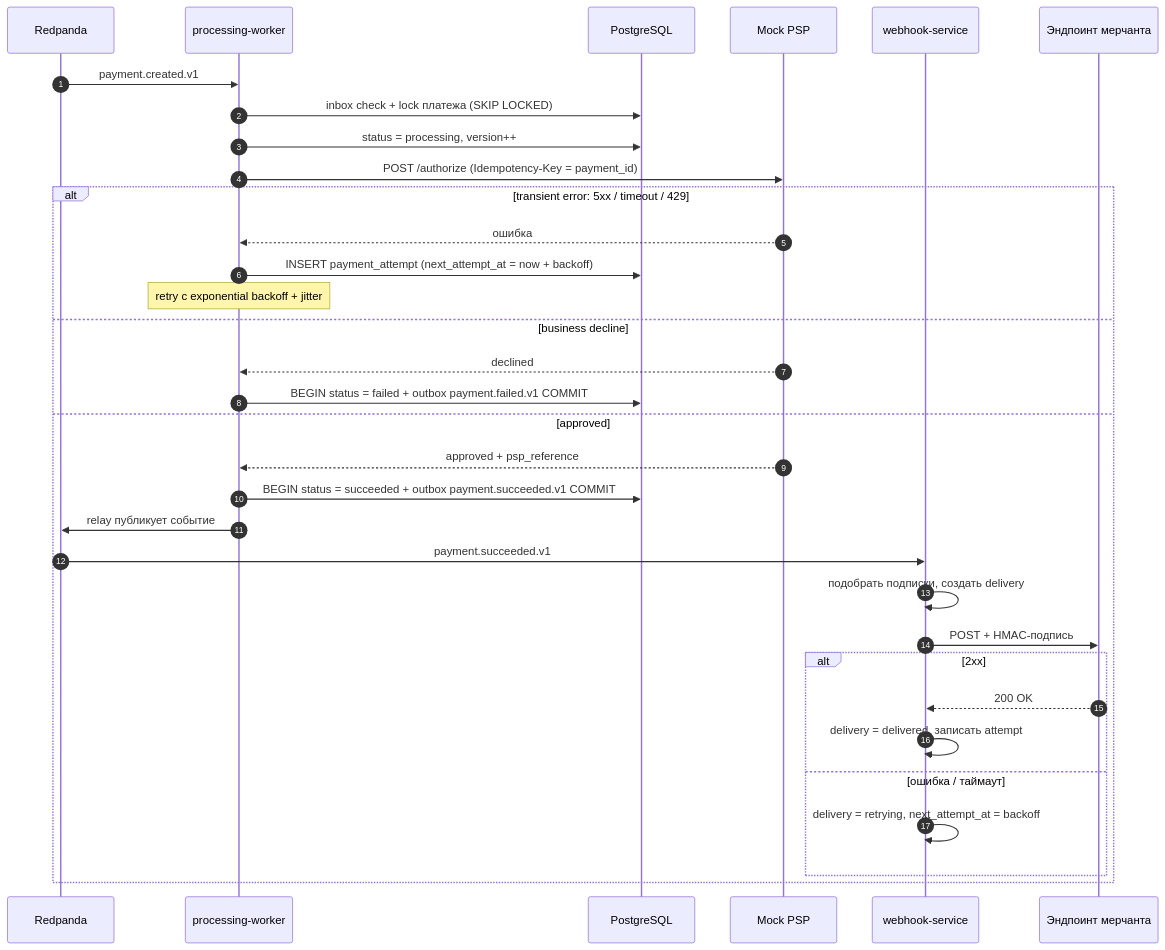
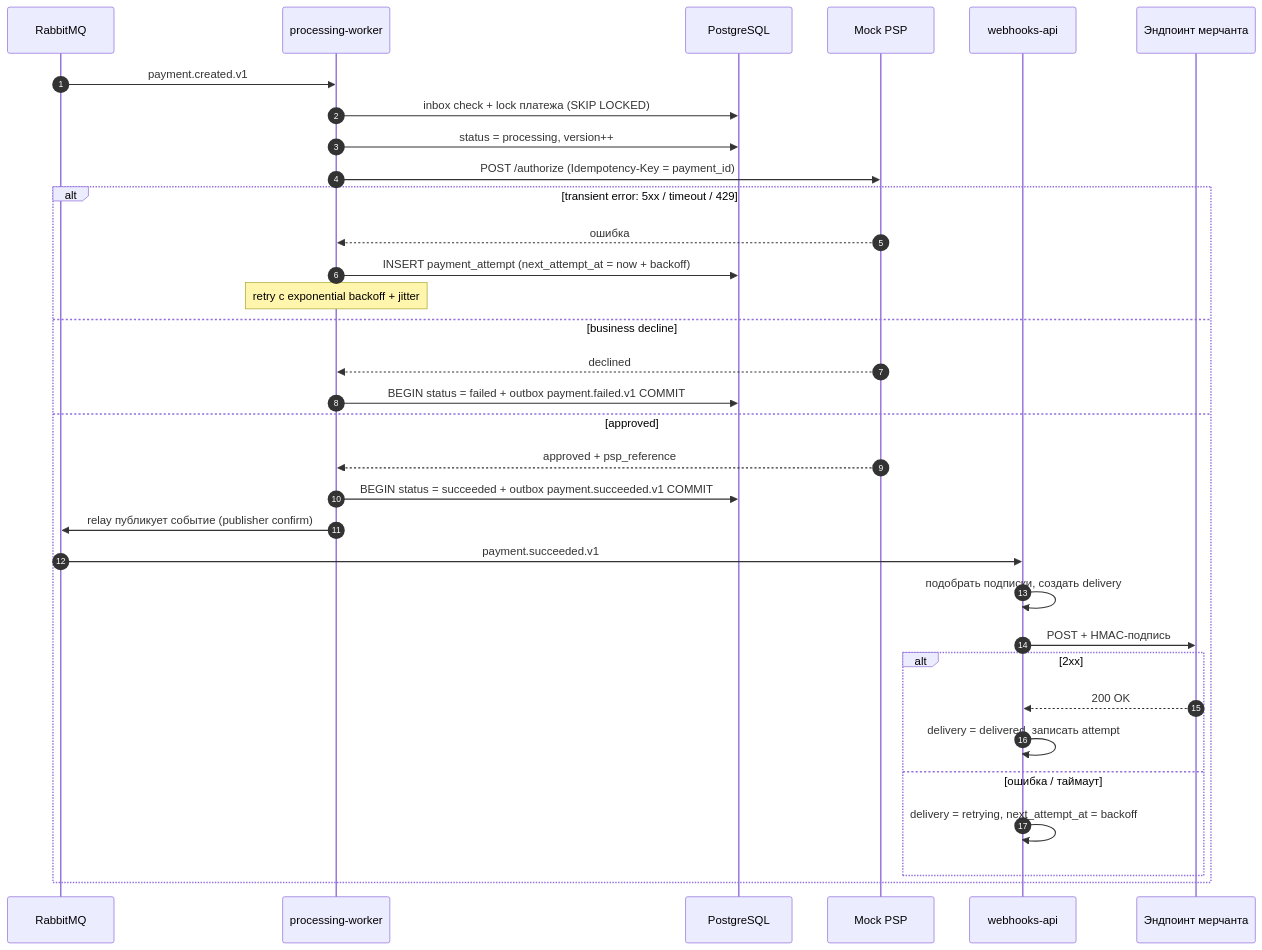
Before and after one commit to MCtop4ik/PaymentTransactions: the fourth of 9 diagrams in README.md, drawn with Mermaid. The commit also changed other lines of this file, not shown here.

````diff
--- a/README.md
+++ b/README.md
@@ -297,37 +296,37 @@
 ```mermaid
 sequenceDiagram
     autonumber
-    participant K as Redpanda
+    participant B as RabbitMQ
     participant W as processing-worker
     participant P as PostgreSQL
     participant S as Mock PSP
-    participant H as webhook-service
+    participant H as webhooks-api
     participant M as Эндпоинт мерчанта
 
-    K->>W: payment.created.v1
+    B->>W: payment.created.v1
     W->>P: inbox check + lock платежа (SKIP LOCKED)
     W->>P: status = processing, version++
     W->>S: POST /authorize (Idempotency-Key = payment_id)
 
     alt transient error: 5xx / timeout / 429
         S-->>W: ошибка
         W->>P: INSERT payment_attempt (next_attempt_at = now + backoff)
         Note over W: retry с exponential backoff + jitter
     else business decline
         S-->>W: declined
         W->>P: BEGIN status = failed + outbox payment.failed.v1 COMMIT
     else approved
         S-->>W: approved + psp_reference
         W->>P: BEGIN status = succeeded + outbox payment.succeeded.v1 COMMIT
-        W->>K: relay публикует событие
-        K->>H: payment.succeeded.v1
+        W->>B: relay публикует событие (publisher confirm)
+        B->>H: payment.succeeded.v1
         H->>H: подобрать подписки, создать delivery
         H->>M: POST + HMAC-подпись
         alt 2xx
             M-->>H: 200 OK
             H->>H: delivery = delivered, записать attempt
         else ошибка / таймаут
             H->>H: delivery = retrying, next_attempt_at = backoff
         end
     end
 ```
````
